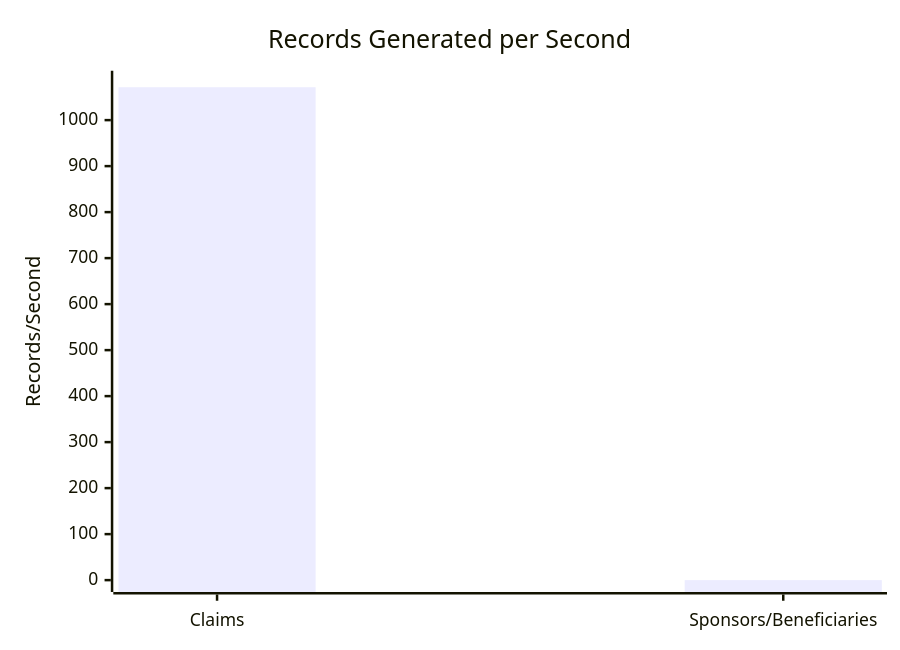
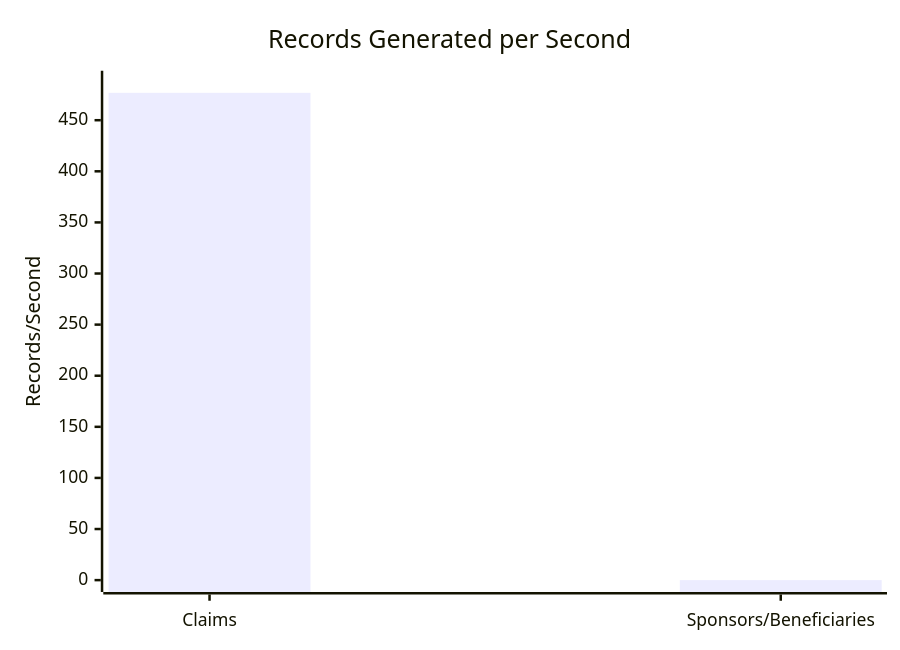
The first of 11 diagrams in test-tools/DataGen/src/Statistics_Visualizer.md (dhagan-va/intern-2025), drawn with Mermaid before and after one commit. The commit also changed other lines of this file and 2 other files, not shown here.

````diff
--- a/test-tools/DataGen/src/Statistics_Visualizer.md
+++ b/test-tools/DataGen/src/Statistics_Visualizer.md
@@ -18,7 +18,7 @@
 ```mermaid
 xychart-beta
     title "Records Generated per Second"
     x-axis ["Claims", "Sponsors/Beneficiaries"]
-    y-axis "Records/Second" 0 --> 1081.5121763509692
-    bar [1071.5121763509692, 0.0]
+    y-axis "Records/Second" 0 --> 486.77455005497364
+    bar [476.77455005497364, 0.0]
 ```
````
